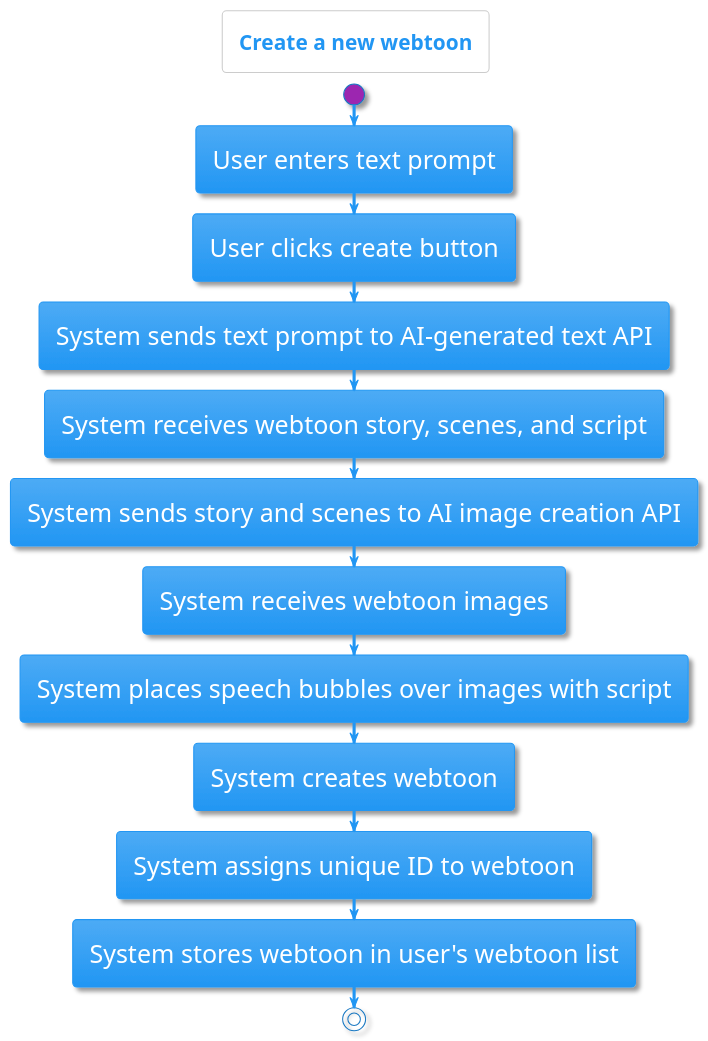
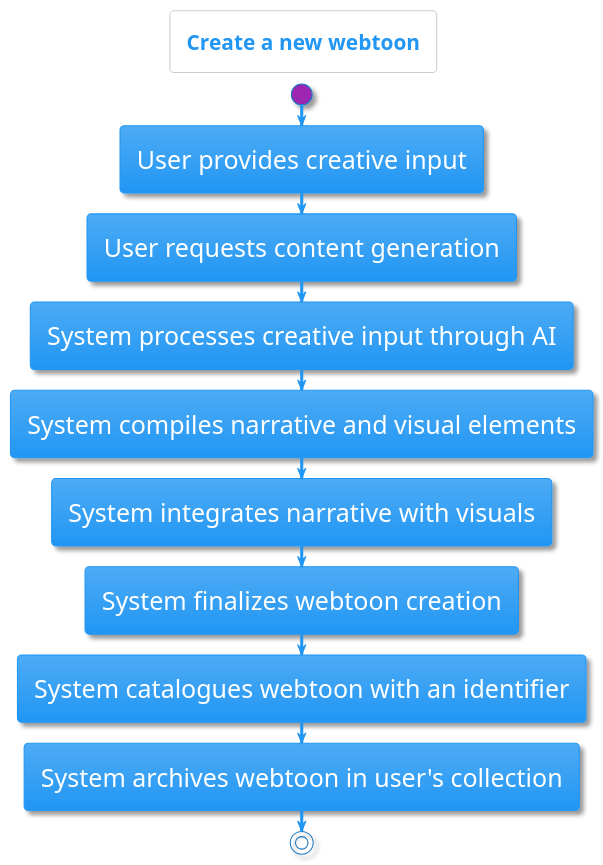
The diagram in lib/documents/create-webtoon.puml (WinstonWaligora/let_us_webtoon), drawn with PlantUML before and after one commit. The commit also changed 15 other files, not shown here.

Commit message:
activity, use case, and context diagrams updated

```diff
--- a/lib/documents/create-webtoon.puml
+++ b/lib/documents/create-webtoon.puml
@@ -1,18 +1,16 @@
 @startuml
 !theme materia
 title Create a new webtoon
 skinparam defaultFontSize 24
 
 start
-:User enters text prompt;
-:User clicks create button;
-:System sends text prompt to AI-generated text API;
-:System receives webtoon story, scenes, and script;
-:System sends story and scenes to AI image creation API;
-:System receives webtoon images;
-:System places speech bubbles over images with script;
-:System creates webtoon;
-:System assigns unique ID to webtoon;
-:System stores webtoon in user's webtoon list;
+:User provides creative input;
+:User requests content generation;
+:System processes creative input through AI;
+:System compiles narrative and visual elements;
+:System integrates narrative with visuals;
+:System finalizes webtoon creation;
+:System catalogues webtoon with an identifier;
+:System archives webtoon in user's collection;
 stop
 @enduml
```
